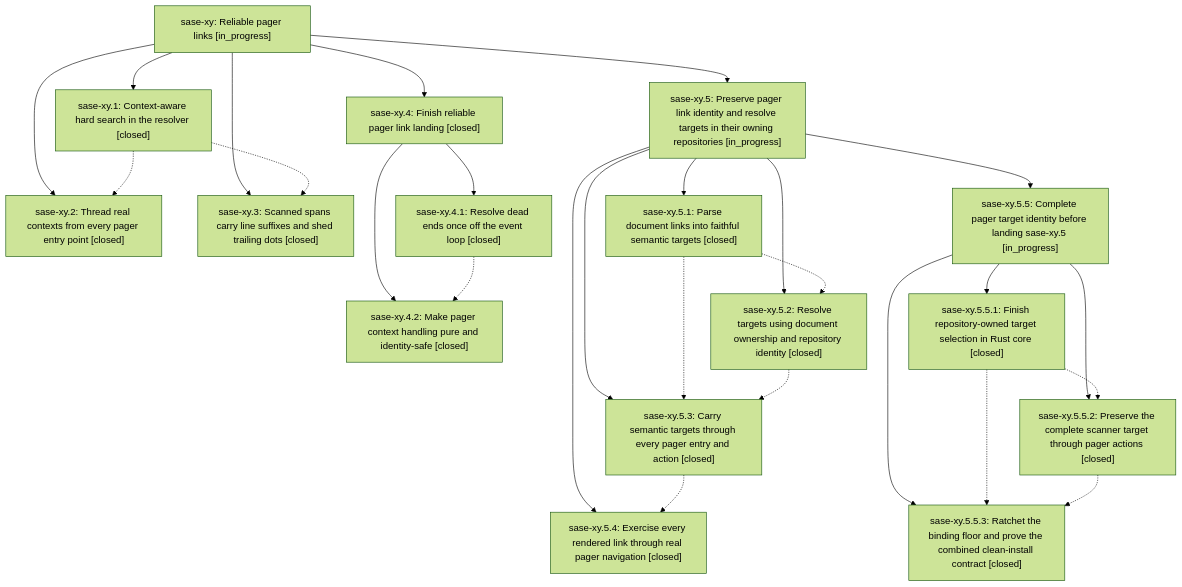
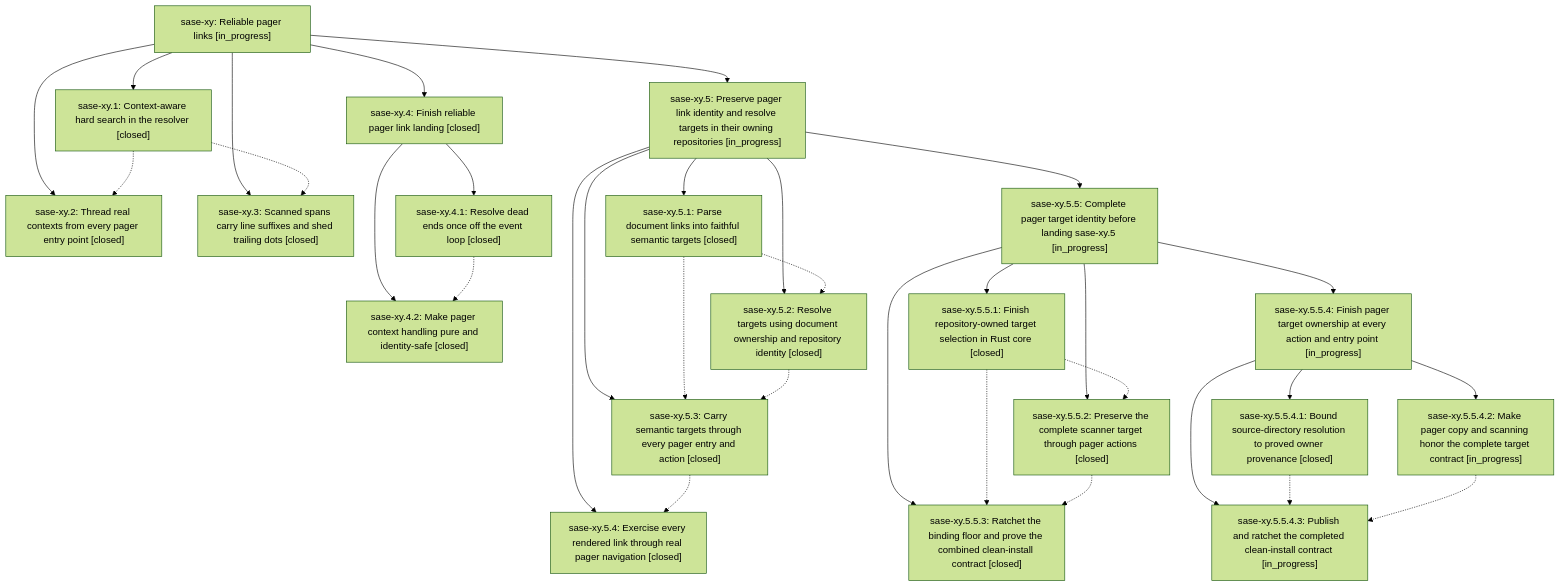
Before and after one commit to sase-org/sase--beads: the diagram in pages/sase-xy/README.md, drawn with Mermaid (forest theme). The commit also changed other lines of this file and 5 other files, not shown here.

````diff
--- a/pages/sase-xy/README.md
+++ b/pages/sase-xy/README.md
@@ -42,44 +42,54 @@
 ```mermaid
 flowchart TD
     n0["sase-xy: Reliable pager links [in_progress]"]
     n1["sase-xy.1: Context-aware hard search in the resolver [closed]"]
     n2["sase-xy.2: Thread real contexts from every pager entry point [closed]"]
     n3["sase-xy.3: Scanned spans carry line suffixes and shed trailing dots [closed]"]
     n4["sase-xy.4: Finish reliable pager link landing [closed]"]
     n5["sase-xy.4.1: Resolve dead ends once off the event loop [closed]"]
     n6["sase-xy.4.2: Make pager context handling pure and identity-safe [closed]"]
     n7["sase-xy.5: Preserve pager link identity and resolve targets in their owning repositories [in_progress]"]
     n8["sase-xy.5.1: Parse document links into faithful semantic targets [closed]"]
     n9["sase-xy.5.2: Resolve targets using document ownership and repository identity [closed]"]
     n10["sase-xy.5.3: Carry semantic targets through every pager entry and action [closed]"]
     n11["sase-xy.5.4: Exercise every rendered link through real pager navigation [closed]"]
     n12["sase-xy.5.5: Complete pager target identity before landing sase-xy.5 [in_progress]"]
     n13["sase-xy.5.5.1: Finish repository-owned target selection in Rust core [closed]"]
     n14["sase-xy.5.5.2: Preserve the complete scanner target through pager actions [closed]"]
     n15["sase-xy.5.5.3: Ratchet the binding floor and prove the combined clean-install contract [closed]"]
+    n16["sase-xy.5.5.4: Finish pager target ownership at every action and entry point [in_progress]"]
+    n17["sase-xy.5.5.4.1: Bound source-directory resolution to proved owner provenance [closed]"]
+    n18["sase-xy.5.5.4.2: Make pager copy and scanning honor the complete target contract [in_progress]"]
+    n19["sase-xy.5.5.4.3: Publish and ratchet the completed clean-install contract [in_progress]"]
     n0 --> n1
     n0 --> n2
     n0 --> n3
     n0 --> n4
     n4 --> n5
     n4 --> n6
     n0 --> n7
     n7 --> n8
     n7 --> n9
     n7 --> n10
     n7 --> n11
     n7 --> n12
     n12 --> n13
     n12 --> n14
     n12 --> n15
+    n12 --> n16
+    n16 --> n17
+    n16 --> n18
+    n16 --> n19
     n1 -.-> n2
     n1 -.-> n3
     n5 -.-> n6
     n8 -.-> n9
     n8 -.-> n10
     n9 -.-> n10
     n10 -.-> n11
     n13 -.-> n14
     n13 -.-> n15
     n14 -.-> n15
+    n17 -.-> n19
+    n18 -.-> n19
 ```
````
